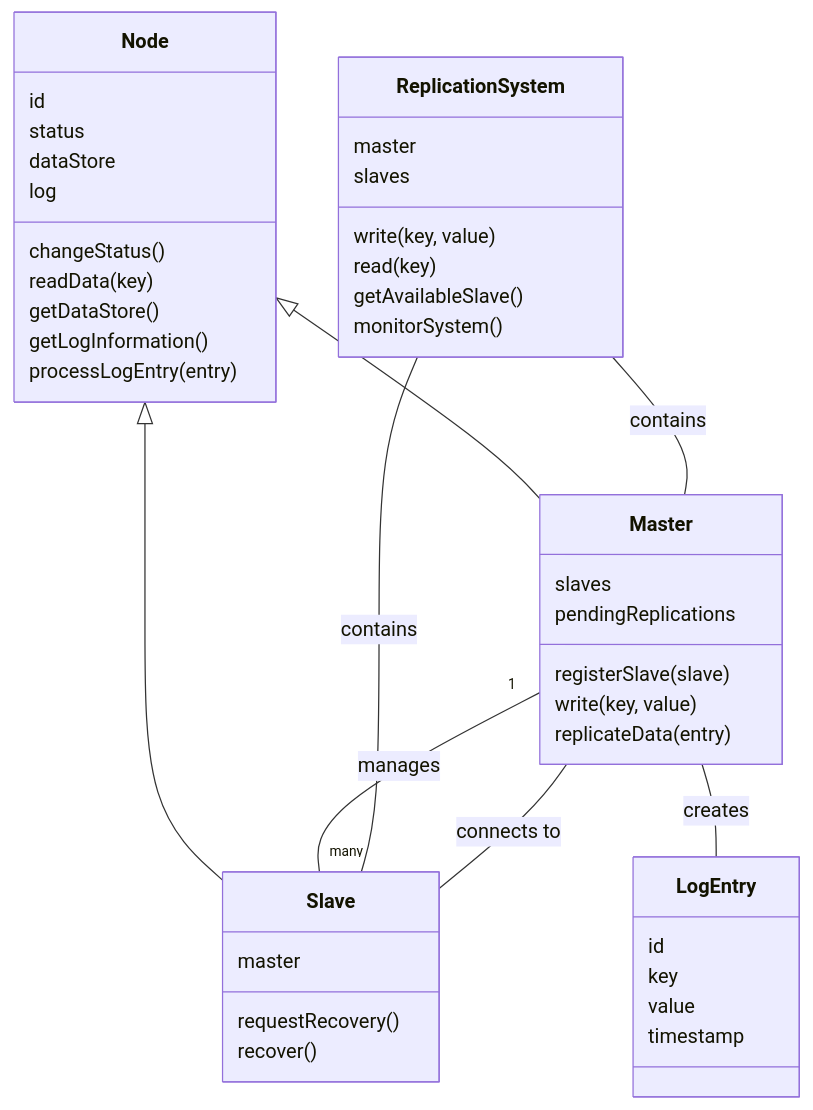
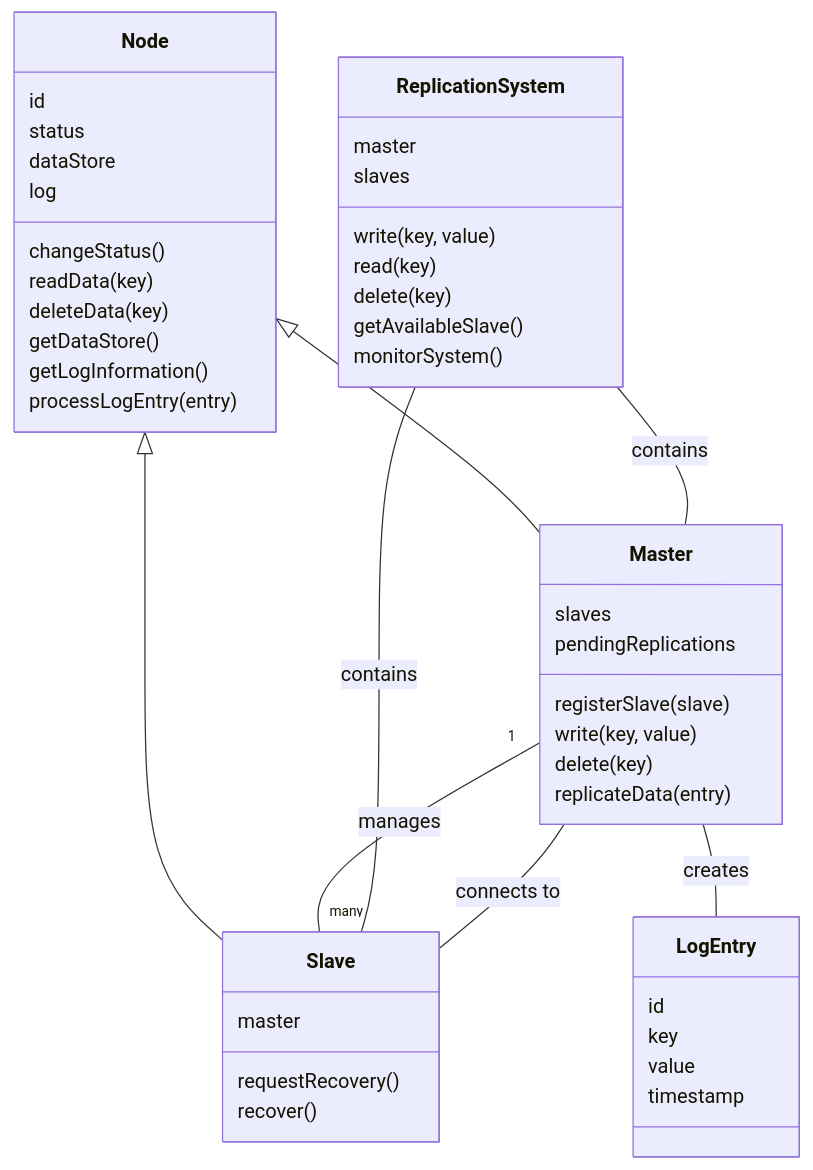
Before and after one commit to billycychan/master-slave-replication-java: the first of 9 diagrams in diagrams.md, drawn with Mermaid. The commit also changed other lines of this file, not shown here.

Commit message:
feat: update the diagrams for delete operation

````diff
--- a/diagrams.md
+++ b/diagrams.md
@@ -6,65 +6,68 @@
 ```mermaid
 classDiagram
     %% Base class at the top
     class Node {
         id
         status
         dataStore
         log
         changeStatus()
         readData(key)
+        deleteData(key)
         getDataStore()
         getLogInformation()
         processLogEntry(entry)
     }
     
     %% Specialized nodes side by side
     class Master {
         slaves
         pendingReplications
         registerSlave(slave)
         write(key, value)
+        delete(key)
         replicateData(entry)
     }
     
     class Slave {
         master
         requestRecovery()
         recover()
     }
     
     %% Supporting entity
     class LogEntry {
         id
         key
         value
         timestamp
     }
     
     %% System container at the bottom
     class ReplicationSystem {
         master
         slaves
         write(key, value)
         read(key)
+        delete(key)
         getAvailableSlave()
         monitorSystem()
     }
     
     %% Inheritance relationships
     Node <|-- Master
     Node <|-- Slave
     
     %% Master-Slave relationship
     Master "1" -- "many" Slave : manages
     
     %% LogEntry relationships
     Master -- LogEntry : creates
     
     %% Reference relationship
     Slave -- Master : connects to
     
     %% System composition relationships
     ReplicationSystem -- Master : contains
     ReplicationSystem -- Slave : contains
 ```
````
